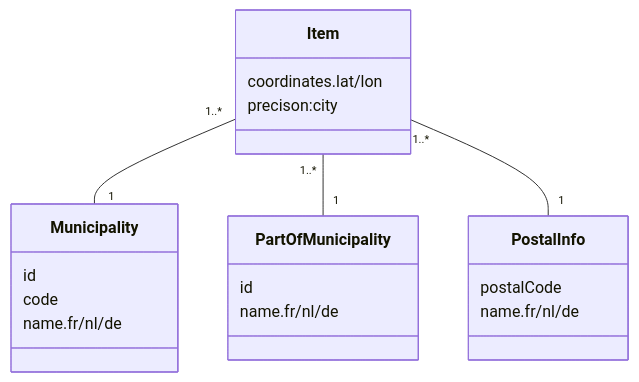
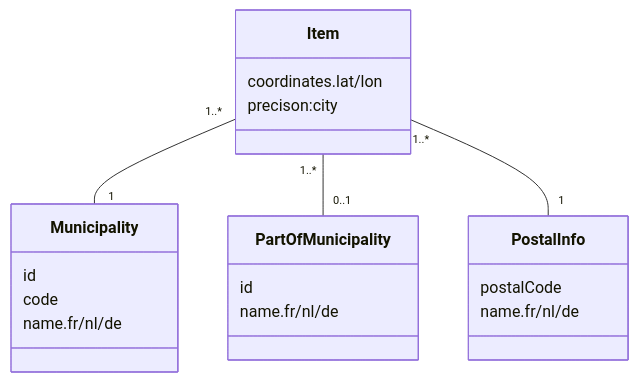
The fifth of 10 diagrams in README.md (SmalsResearch/bePelias), drawn with Mermaid before and after one commit. The commit also changed other lines of this file and 5 other files, not shown here.

````diff
--- a/README.md
+++ b/README.md
@@ -442,24 +459,24 @@
 ```mermaid 
 classDiagram
 class Item {
     coordinates.lat/lon
     precison:city
 }
 class Municipality {
     id
     code
     name.fr/nl/de
 }
 class PostalInfo {
     postalCode
     name.fr/nl/de
 }
 class PartOfMunicipality{
     id
     name.fr/nl/de
 }
 
 Item "1..*" -- "1" Municipality
-Item "1..*" -- "1" PartOfMunicipality
+Item "1..*" -- "0..1" PartOfMunicipality
 Item "1..*" -- "1" PostalInfo
 ```
````
